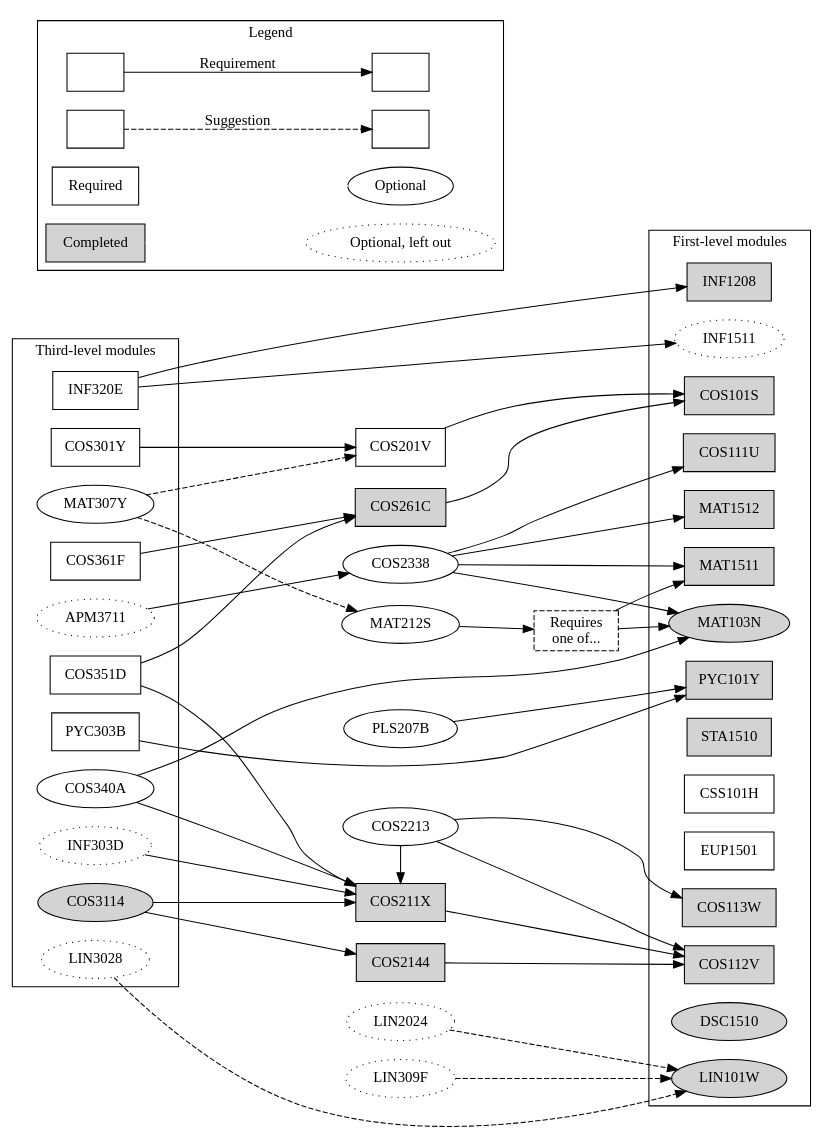
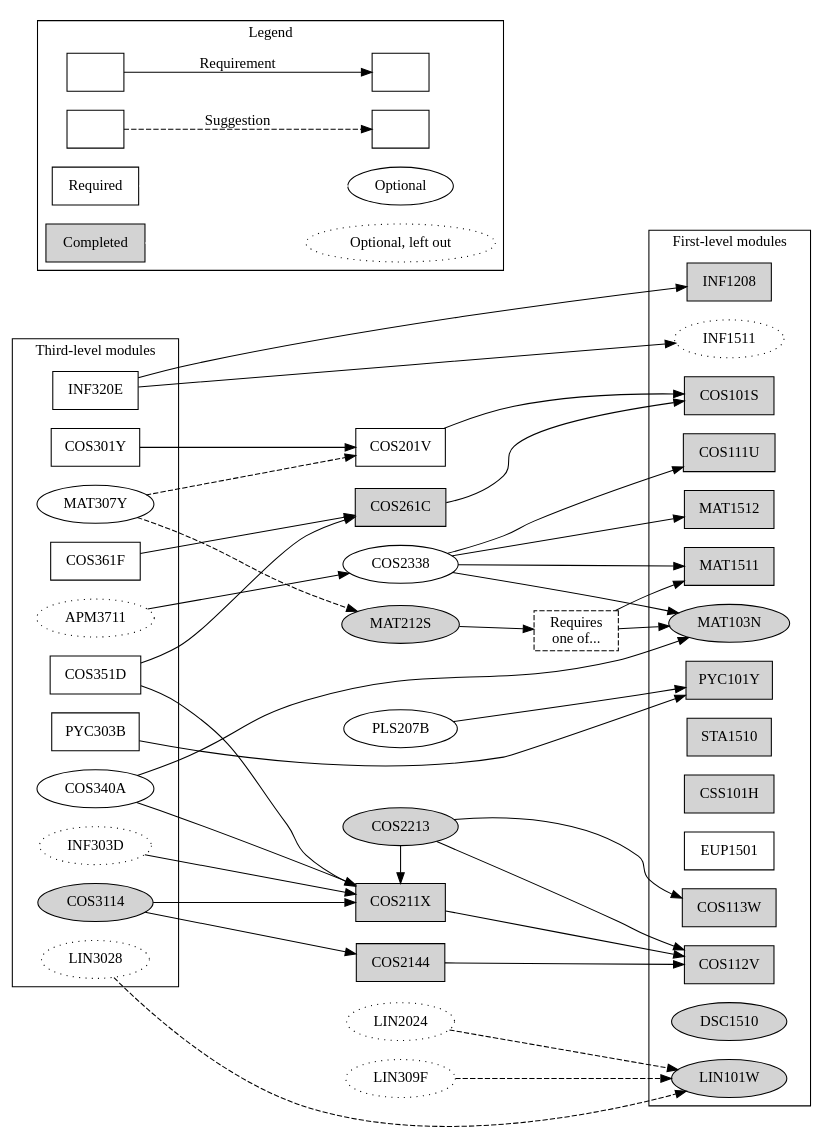
The diagram in ComputationalIntelligence.dot (apauley/unisa-module-graph), drawn with Graphviz before and after one commit.

Commit message:
Updated some completed modules

```diff
--- a/ComputationalIntelligence.dot
+++ b/ComputationalIntelligence.dot
@@ -1,94 +1,96 @@
 digraph ComputationalIntelligence {
     node [shape=box];
     rankdir=LR;
 
     subgraph cluster3 {
         label = "Third-level modules";
 
         {rank=same;
         COS301Y INF320E COS351D COS361F PYC303B}
 
         {rank=same; node [shape=ellipse];
         COS3114 [style=filled]
         MAT307Y COS340A
         APM3711 [style=dotted]
         INF303D [style=dotted]
         LIN3028 [style=dotted]}
     }
 
     {rank=same;
     COS201V
     {node [style=filled]; COS211X COS261C COS2144}}
 
     {rank=same; node [shape=ellipse];
-    COS2213 COS2338 MAT212S PLS207B
+    COS2338 PLS207B
+    MAT212S [style=filled]
+    COS2213 [style=filled]
     LIN309F [style=dotted]
     LIN2024 [style=dotted]}
 
     MAT103OR151 [label="Requires\none of...", style=dashed];
 
     subgraph cluster1 {
         label = "First-level modules";
 
         {rank=same;
         {node [style=filled];
               COS101S COS112V COS113W INF1208 MAT1511 MAT1512
-              PYC101Y COS111U STA1510}
-        CSS101H EUP1501}
+              PYC101Y COS111U STA1510 CSS101H}
+        EUP1501}
 
         {rank=same; node [shape=ellipse];
             INF1511 [style=dotted]
             {node [style=filled];
                 MAT103N DSC1510 LIN101W}}
     }
 
 
     subgraph cluster0 {
         rankdir=LR;
         label = "Legend";
 
         Module1 [label=""];
         Module2 [label=""];
         Module3 [label=""];
         Module4 [label=""];
         Module2 -> Module1 [label="Requirement"]
         Module4 -> Module3 [label="Suggestion", style=dashed]
 
         Required;
         Completed [style=filled];
         Optional [shape=ellipse];
         Skipped [label="Optional, left out",shape=ellipse,style=dotted];
         Required -> Optional [color=white];
         Completed -> Skipped [color=white];
     }
 
 
     COS301Y -> {COS201V}
     INF320E -> {INF1208 INF1511}
     COS351D -> {COS211X COS261C}
     COS361F -> {COS261C}
     PYC303B -> {PYC101Y}
 
     COS3114 -> {COS211X COS2144}
     APM3711 -> {COS2338}
     MAT307Y -> {MAT212S COS201V} [style=dashed]
     INF303D -> {COS211X}
     LIN3028 -> {LIN101W} [style=dashed]
     COS340A -> {COS211X MAT103N}
 
 
     COS201V -> {COS101S}
     COS211X -> {COS112V}
     COS261C -> {COS101S}
     COS2144 -> {COS112V}
 
     {rank=same; COS2213 COS211X}
     COS2213 -> {COS112V COS113W}
     COS2213 -> {COS211X}
     COS2338 -> {COS111U MAT103N MAT1511 MAT1512}
     MAT212S -> {MAT103OR151}
     MAT103OR151 -> {MAT103N MAT1511}
     LIN309F -> {LIN101W} [style=dashed]
     LIN2024 -> {LIN101W} [style=dashed]
     PLS207B -> {PYC101Y}
 }
```
